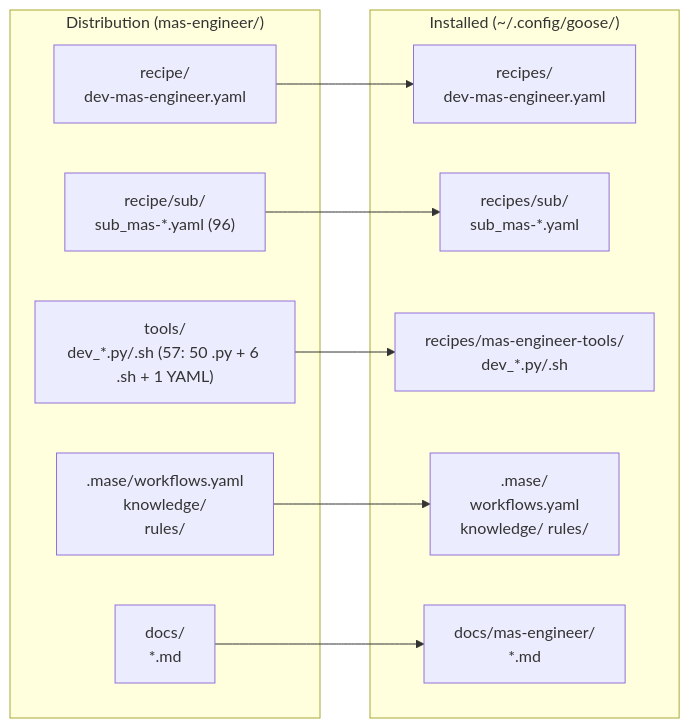
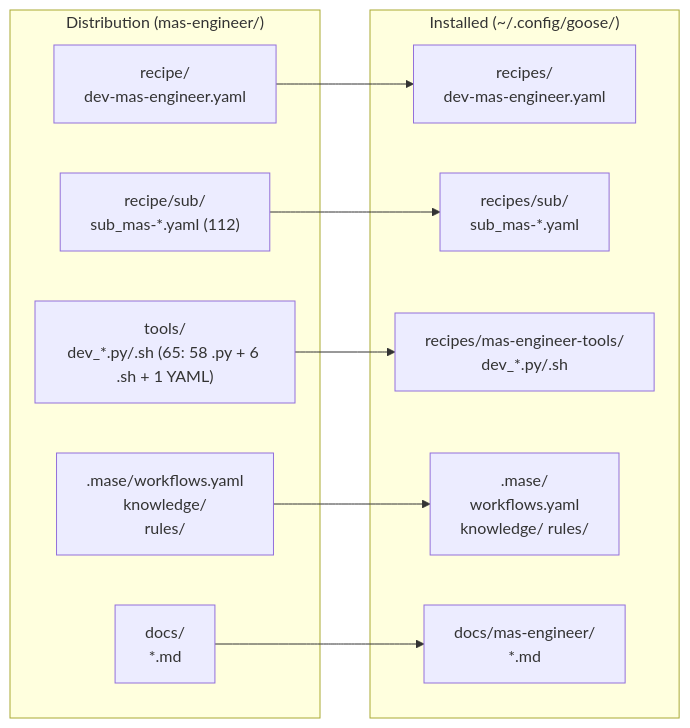
Before and after one commit to mczardybon/mas-engineer: the second of 2 diagrams in docs/installation.md, drawn with Mermaid. The commit also changed other lines of this file and 9 other files, not shown here.

````diff
--- a/docs/installation.md
+++ b/docs/installation.md
@@ -50,23 +50,23 @@
 ```mermaid
 flowchart LR
     subgraph SOURCE["Distribution (mas-engineer/)"]
         S1["recipe/\ndev-mas-engineer.yaml"]
-        S2["recipe/sub/\nsub_mas-*.yaml (96)"]
-        S3["tools/\ndev_*.py/.sh (57: 50 .py + 6 .sh + 1 YAML)"]
+        S2["recipe/sub/\nsub_mas-*.yaml (112)"]
+        S3["tools/\ndev_*.py/.sh (65: 58 .py + 6 .sh + 1 YAML)"]
         S4[".mase/workflows.yaml\nknowledge/\n rules/"]
         S5["docs/\n*.md"]
     end
     subgraph DEST["Installed (~/.config/goose/)"]
         D1["recipes/\ndev-mas-engineer.yaml"]
         D2["recipes/sub/\nsub_mas-*.yaml"]
         D3["recipes/mas-engineer-tools/\ndev_*.py/.sh"]
         D4[".mase/\nworkflows.yaml\nknowledge/ rules/"]
         D5["docs/mas-engineer/\n*.md"]
     end
 
     S1 --> D1
     S2 --> D2
     S3 --> D3
     S4 --> D4
     S5 --> D5
 ```
````
